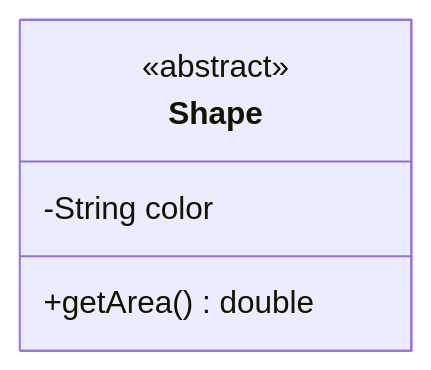
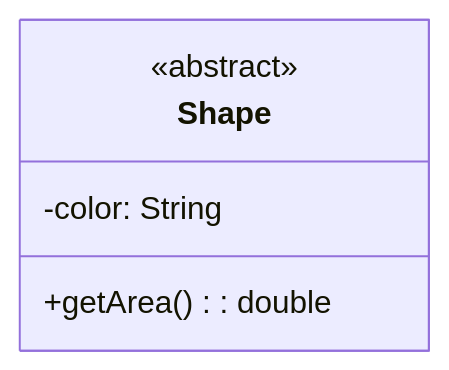
Before and after one commit to ProfesorPermuta/web-cd: the third of 4 diagrams in src/pages/tema-3/c-clases-y-objetos-uml.md, drawn with Mermaid. The commit also changed other lines of this file and 6 other files, not shown here.

First line of the commit message:
Tema 3: guías de Mermaid y ejercicios de diseño sin código

````diff
--- a/src/pages/tema-3/c-clases-y-objetos-uml.md
+++ b/src/pages/tema-3/c-clases-y-objetos-uml.md
@@ -140,8 +167,8 @@
 ```mermaid
 classDiagram
     class Shape {
         <<abstract>>
-        -String color
-        +getArea() double
+        -color: String
+        +getArea(): double
     }
 ```
````
